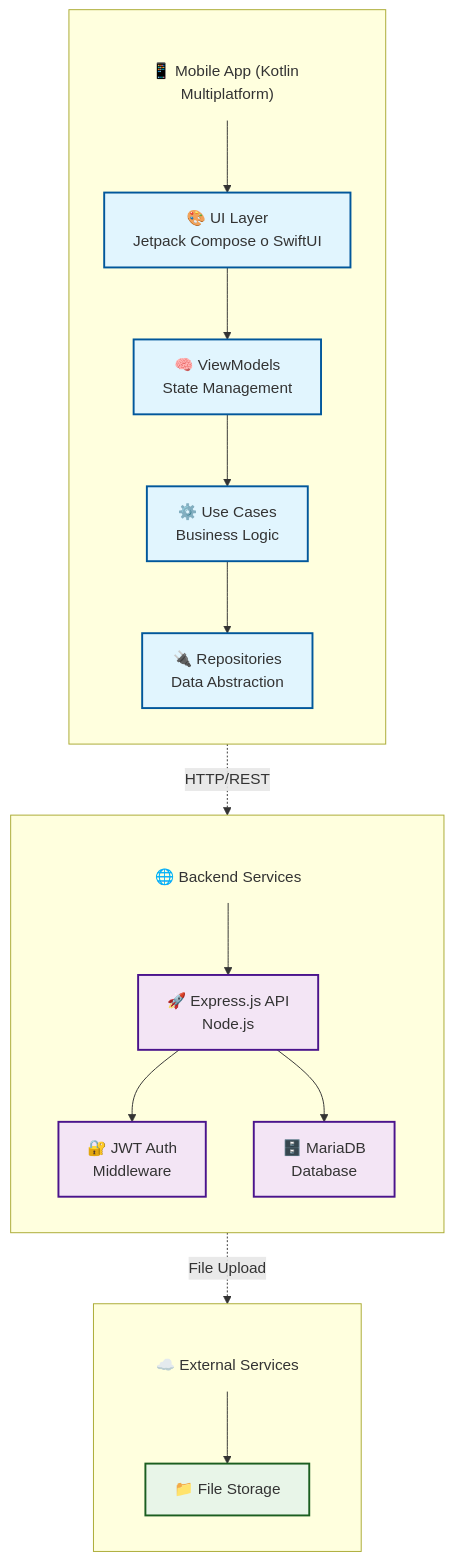
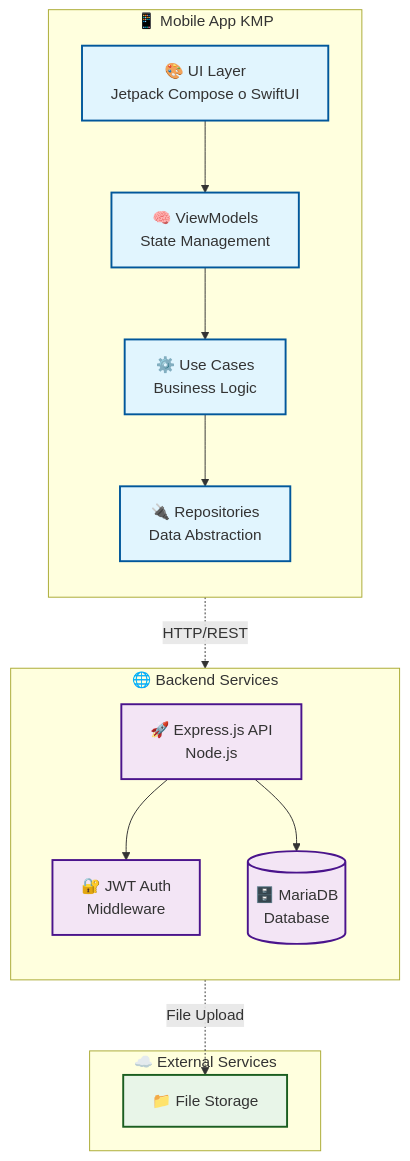
One commit to asobrados03/HumanPerformMobileApp changed the first of 5 diagrams in README.md. Above: the diagram before and after it, drawn with Mermaid. The commit also changed other lines of this file, not shown here.

````diff
--- a/README.md
+++ b/README.md
@@ -49,52 +49,39 @@
 ```mermaid
-flowchart TB
-  %% Mobile subgraph (título como nodo interno)
-  subgraph mobile[" "]
-    direction TB
-    TITLE_MOBILE["📱 Mobile App (Kotlin Multiplatform)"]
-    UI["🎨 UI Layer<br/>Jetpack Compose o SwiftUI"]
-    VM["🧠 ViewModels<br/>State Management"]
-    UC["⚙️ Use Cases<br/>Business Logic"]
-    REPO["🔌 Repositories<br/>Data Abstraction"]
-    TITLE_MOBILE --> UI
-    UI --> VM
-    VM --> UC
-    UC --> REPO
-  end
-
-  %% Backend subgraph
-  subgraph backend[" "]
-    direction TB
-    TITLE_BACKEND["🌐 Backend Services"]
-    API["🚀 Express.js API<br/>Node.js"]
-    AUTH["🔐 JWT Auth<br/>Middleware"]
-    DB["🗄️ MariaDB<br/>Database"]
-    TITLE_BACKEND --> API
-    API --> AUTH
-    API --> DB
-  end
-
-  %% External subgraph
-  subgraph external[" "]
-    direction TB
-    TITLE_EXTERNAL["☁️ External Services"]
-    STORAGE["📁 File Storage"]
-    TITLE_EXTERNAL --> STORAGE
-  end
-
-  REPO -.->|HTTP/REST| API
-  API -.->|File Upload| STORAGE
-
-  classDef mobileLayer fill:#e1f5fe,stroke:#01579b,stroke-width:2px
-  classDef backendLayer fill:#f3e5f5,stroke:#4a148c,stroke-width:2px
-  classDef externalLayer fill:#e8f5e8,stroke:#1b5e20,stroke-width:2px
-
-  class UI,VM,UC,REPO mobileLayer
-  class API,AUTH,DB backendLayer
-  class STORAGE externalLayer
-
-  %% Títulos transparentes
-  style TITLE_MOBILE fill:transparent,stroke:transparent
-  style TITLE_BACKEND fill:transparent,stroke:transparent
-  style TITLE_EXTERNAL fill:transparent,stroke:transparent
+graph TB
+    subgraph "📱 Mobile App KMP"
+        direction TB
+        UI[🎨 UI Layer<br/>Jetpack Compose o SwiftUI]
+        VM[🧠 ViewModels<br/>State Management]
+        UC[⚙️ Use Cases<br/>Business Logic]
+        REPO[🔌 Repositories<br/>Data Abstraction]
+        
+        UI --> VM
+        VM --> UC
+        UC --> REPO
+    end
+    
+    subgraph "🌐 Backend Services"
+        direction TB
+        API[🚀 Express.js API<br/>Node.js]
+        AUTH[🔐 JWT Auth<br/>Middleware]
+        DB[(🗄️ MariaDB<br/>Database)]
+        
+        API --> AUTH
+        API --> DB
+    end
+    
+    subgraph "☁️ External Services"
+        STORAGE[📁 File Storage]
+    end
+    
+    REPO -.->|HTTP/REST| API
+    API -.->|File Upload| STORAGE
+    
+    classDef mobileLayer fill:#e1f5fe,stroke:#01579b,stroke-width:2px
+    classDef backendLayer fill:#f3e5f5,stroke:#4a148c,stroke-width:2px
+    classDef externalLayer fill:#e8f5e8,stroke:#1b5e20,stroke-width:2px
+    
+    class UI,VM,UC,REPO mobileLayer
+    class API,AUTH,DB backendLayer
+    class STORAGE externalLayer
 ```
````
